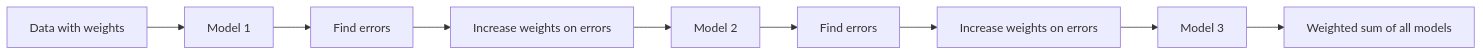
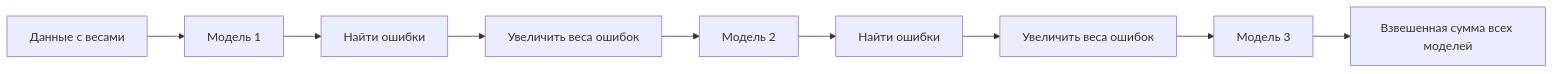
One commit to stabuev/ai-engineering-from-scratch changed the second of 3 diagrams in phases/02-ml-fundamentals/11-ensemble-methods/docs/ru.md. Above: the diagram before and after it, drawn with Mermaid. The commit also changed other lines of this file and 22 other files, not shown here.

````diff
--- a/phases/02-ml-fundamentals/11-ensemble-methods/docs/ru.md
+++ b/phases/02-ml-fundamentals/11-ensemble-methods/docs/ru.md
@@ -76,11 +76,11 @@
 ```mermaid
 flowchart LR
-    D[Data with weights] --> M1[Model 1]
-    M1 --> E1[Find errors]
-    E1 --> W1[Increase weights on errors]
-    W1 --> M2[Model 2]
-    M2 --> E2[Find errors]
-    E2 --> W2[Increase weights on errors]
-    W2 --> M3[Model 3]
-    M3 --> F[Weighted sum of all models]
+    D[Данные с весами] --> M1[Модель 1]
+    M1 --> E1[Найти ошибки]
+    E1 --> W1[Увеличить веса ошибок]
+    W1 --> M2[Модель 2]
+    M2 --> E2[Найти ошибки]
+    E2 --> W2[Увеличить веса ошибок]
+    W2 --> M3[Модель 3]
+    M3 --> F[Взвешенная сумма всех моделей]
 ```
````
